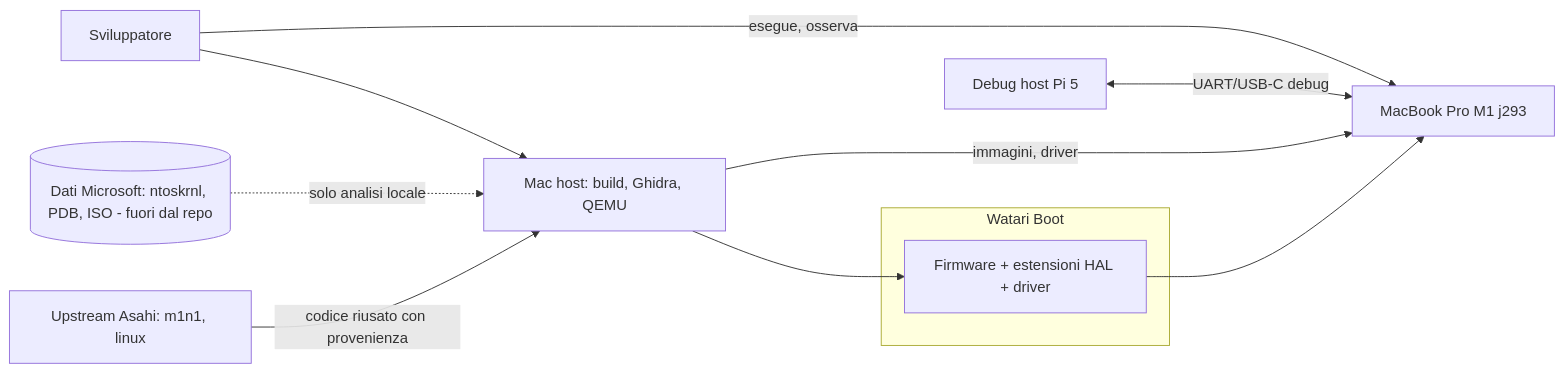
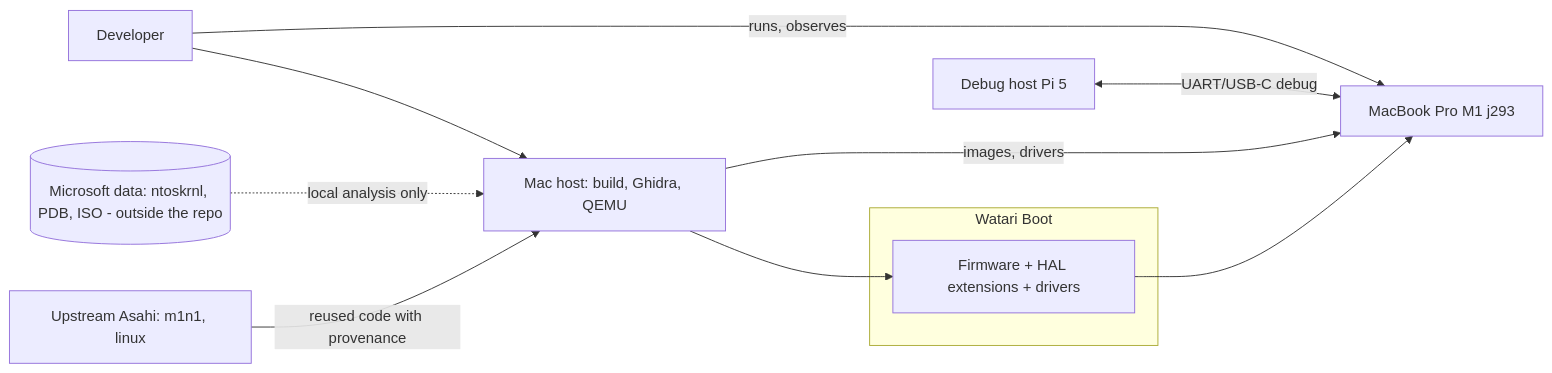
The first of 5 diagrams in docs/design/watariboot/ARCHITECTURE.md (ZonatedCord/WatariBoot), drawn with Mermaid before and after one commit. The commit also changed other lines of this file and 92 other files, not shown here.

````diff
--- a/docs/design/watariboot/ARCHITECTURE.md
+++ b/docs/design/watariboot/ARCHITECTURE.md
@@ -17,13 +17,13 @@
 ```mermaid
 flowchart LR
-  dev[Sviluppatore] -->|esegue, osserva| mac[MacBook Pro M1 j293]
+  dev[Developer] -->|runs, observes| mac[MacBook Pro M1 j293]
   dbg[Debug host Pi 5] <-->|UART/USB-C debug| mac
   dev --> host[Mac host: build, Ghidra, QEMU]
-  host -->|immagini, driver| mac
-  ms[(Dati Microsoft: ntoskrnl, PDB, ISO - fuori dal repo)] -.->|solo analisi locale| host
-  asahi[Upstream Asahi: m1n1, linux] -->|codice riusato con provenienza| host
+  host -->|images, drivers| mac
+  ms[(Microsoft data: ntoskrnl, PDB, ISO - outside the repo)] -.->|local analysis only| host
+  asahi[Upstream Asahi: m1n1, linux] -->|reused code with provenance| host
   subgraph sys[Watari Boot]
-    sw[Firmware + estensioni HAL + driver]
+    sw[Firmware + HAL extensions + drivers]
   end
   host --> sw --> mac
 ```
````
